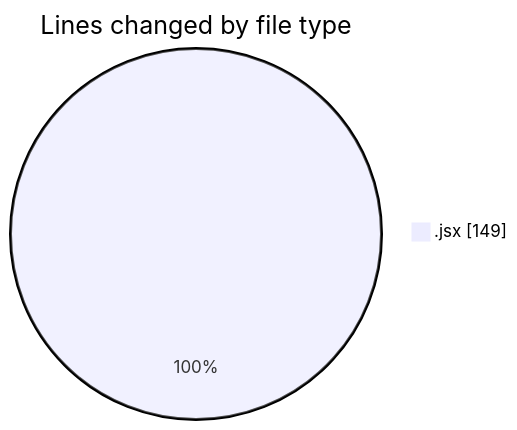
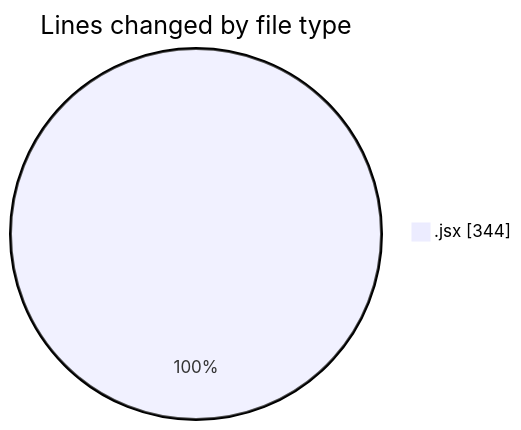
The first of 2 diagrams in 2025-02-21/elitegpt/README.md (Elitesun/code-tracking), drawn with Mermaid before and after one commit. The commit also changed other lines of this file and 1 other file, not shown here.

````diff
--- a/2025-02-21/elitegpt/README.md
+++ b/2025-02-21/elitegpt/README.md
@@ -22,5 +23,5 @@
 ```mermaid
 pie showData
 title Lines changed by file type
-".jsx" : 149
+".jsx" : 344
 ```
````
